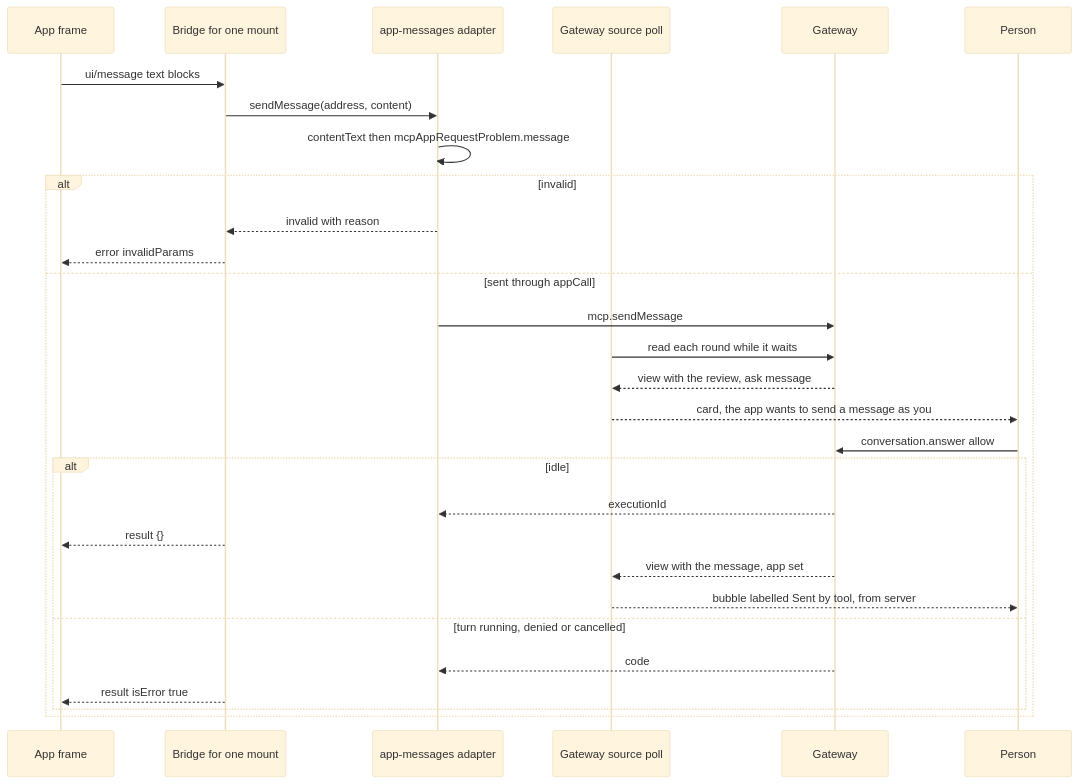
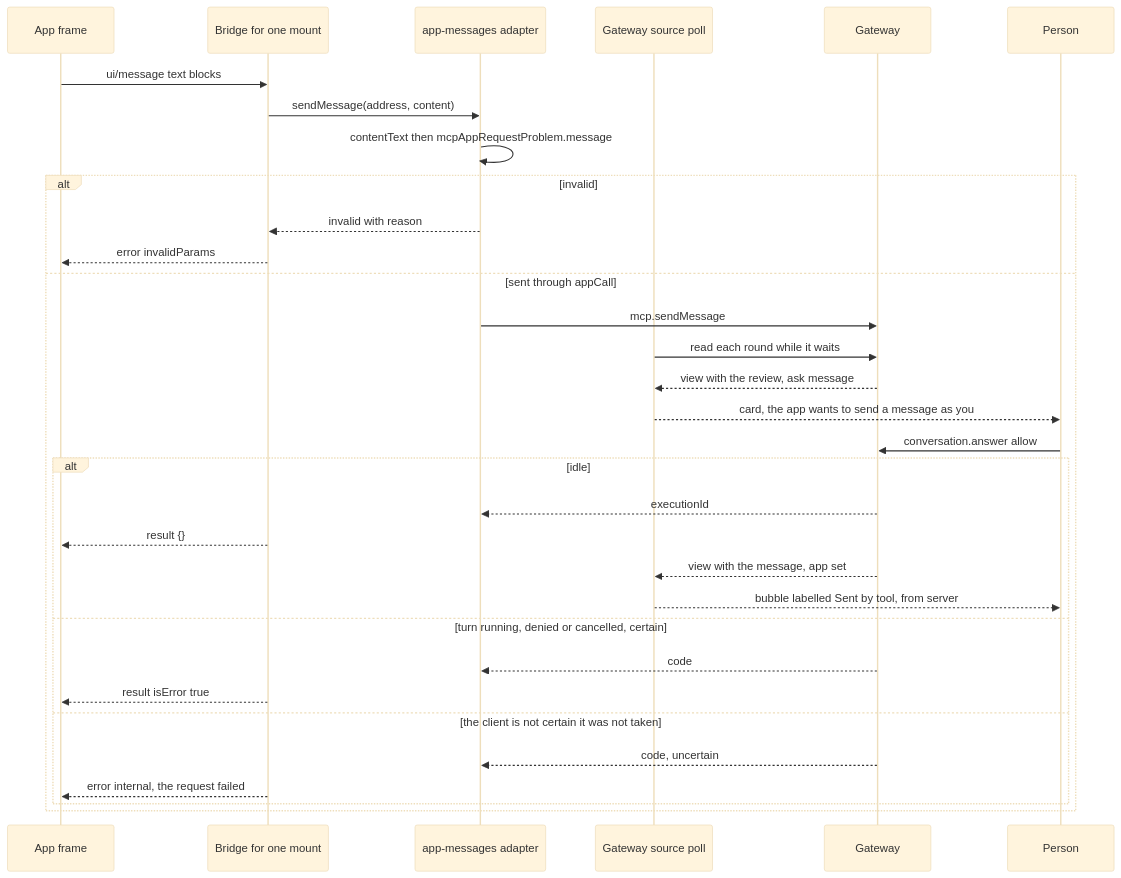
The second of 2 diagrams in docs/design/mcp-app-calls.md (nessalabs/nessa-agent), drawn with Mermaid (base theme) before and after one commit. The commit also changed other lines of this file and 1 other file, not shown here.

````diff
--- a/docs/design/mcp-app-calls.md
+++ b/docs/design/mcp-app-calls.md
@@ -952,31 +978,34 @@
 ```mermaid
 sequenceDiagram
     participant App as App frame
     participant Bridge as Bridge for one mount
     participant Conv as app-messages adapter
     participant Src as Gateway source poll
     participant GW as Gateway
     participant Person
     App->>Bridge: ui/message text blocks
     Bridge->>Conv: sendMessage(address, content)
     Conv->>Conv: contentText then mcpAppRequestProblem.message
     alt invalid
         Conv-->>Bridge: invalid with reason
         Bridge-->>App: error invalidParams
     else sent through appCall
         Conv->>GW: mcp.sendMessage
         Src->>GW: read each round while it waits
         GW-->>Src: view with the review, ask message
         Src-->>Person: card, the app wants to send a message as you
         Person->>GW: conversation.answer allow
         alt idle
             GW-->>Conv: executionId
             Bridge-->>App: result {}
             GW-->>Src: view with the message, app set
             Src-->>Person: bubble labelled Sent by tool, from server
-        else turn running, denied or cancelled
+        else turn running, denied or cancelled, certain
             GW-->>Conv: code
             Bridge-->>App: result isError true
+        else the client is not certain it was not taken
+            GW-->>Conv: code, uncertain
+            Bridge-->>App: error internal, the request failed
         end
     end
 ```
````
